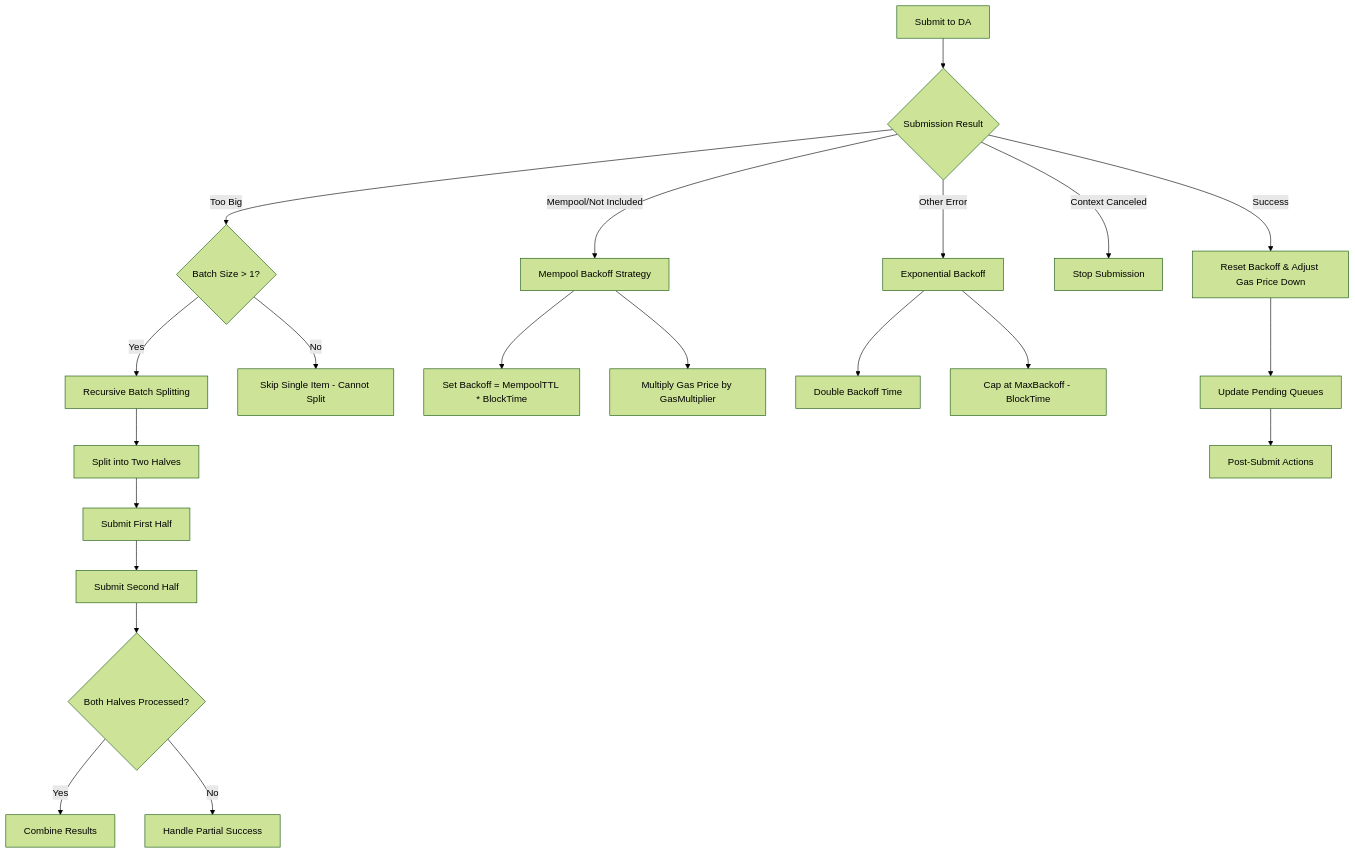
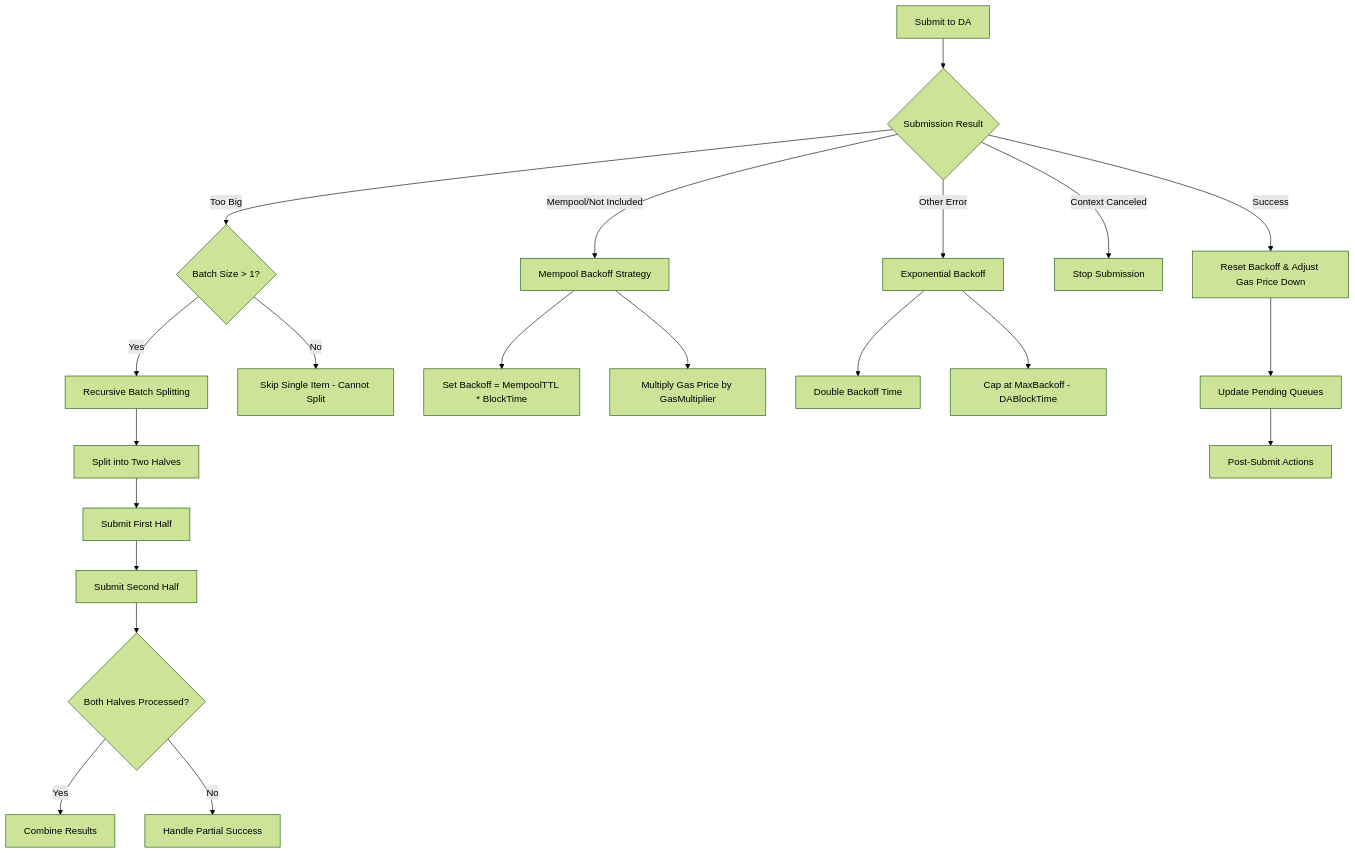
The sixth of 8 diagrams in docs/concepts/block-lifecycle.md (evstack/ev-node), drawn with Mermaid (forest theme) before and after one commit. The commit also changed other lines of this file and 10 other files, not shown here.

````diff
--- a/docs/concepts/block-lifecycle.md
+++ b/docs/concepts/block-lifecycle.md
@@ -307,28 +307,28 @@
 ```mermaid
 flowchart TD
     A[Submit to DA] --> B{Submission Result}
     B -->|Success| C[Reset Backoff & Adjust Gas Price Down]
     B -->|Too Big| D{Batch Size > 1?}
     B -->|Mempool/Not Included| E[Mempool Backoff Strategy]
     B -->|Context Canceled| F[Stop Submission]
     B -->|Other Error| G[Exponential Backoff]
 
     D -->|Yes| H[Recursive Batch Splitting]
     D -->|No| I[Skip Single Item - Cannot Split]
 
     E --> J[Set Backoff = MempoolTTL * BlockTime]
     E --> K[Multiply Gas Price by GasMultiplier]
 
     G --> L[Double Backoff Time]
-    G --> M[Cap at MaxBackoff - BlockTime]
+    G --> M[Cap at MaxBackoff - DABlockTime]
 
     H --> N[Split into Two Halves]
     N --> O[Submit First Half]
     O --> P[Submit Second Half]
     P --> Q{Both Halves Processed?}
     Q -->|Yes| R[Combine Results]
     Q -->|No| S[Handle Partial Success]
 
     C --> T[Update Pending Queues]
     T --> U[Post-Submit Actions]
 ```
````
